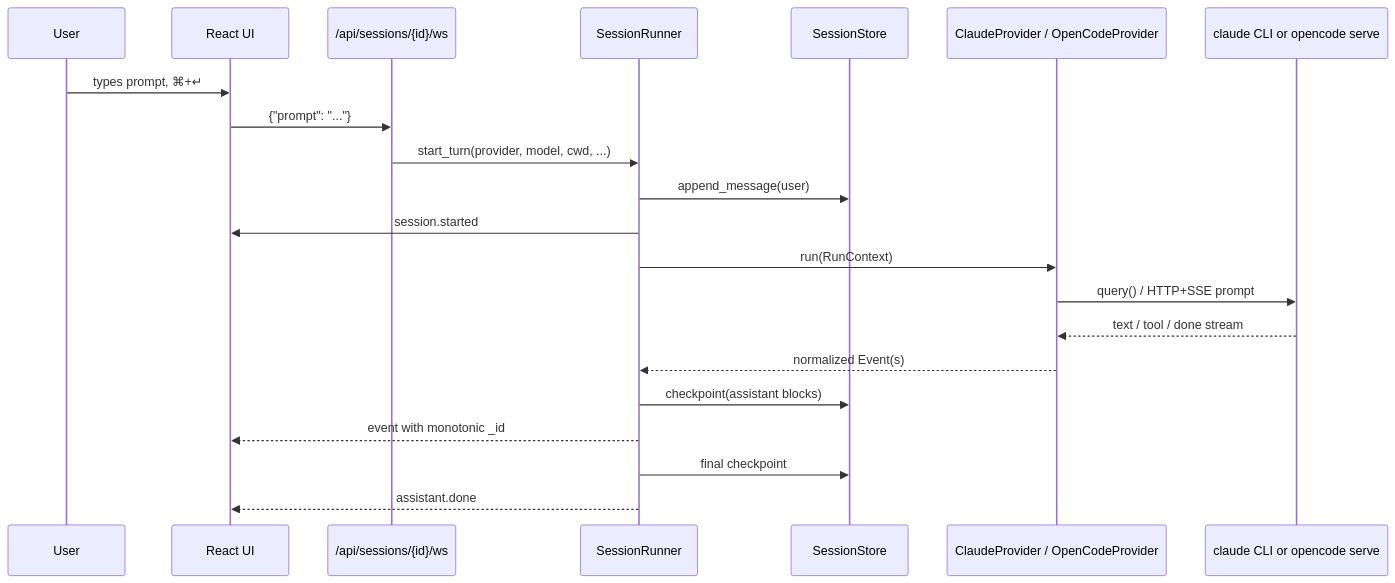
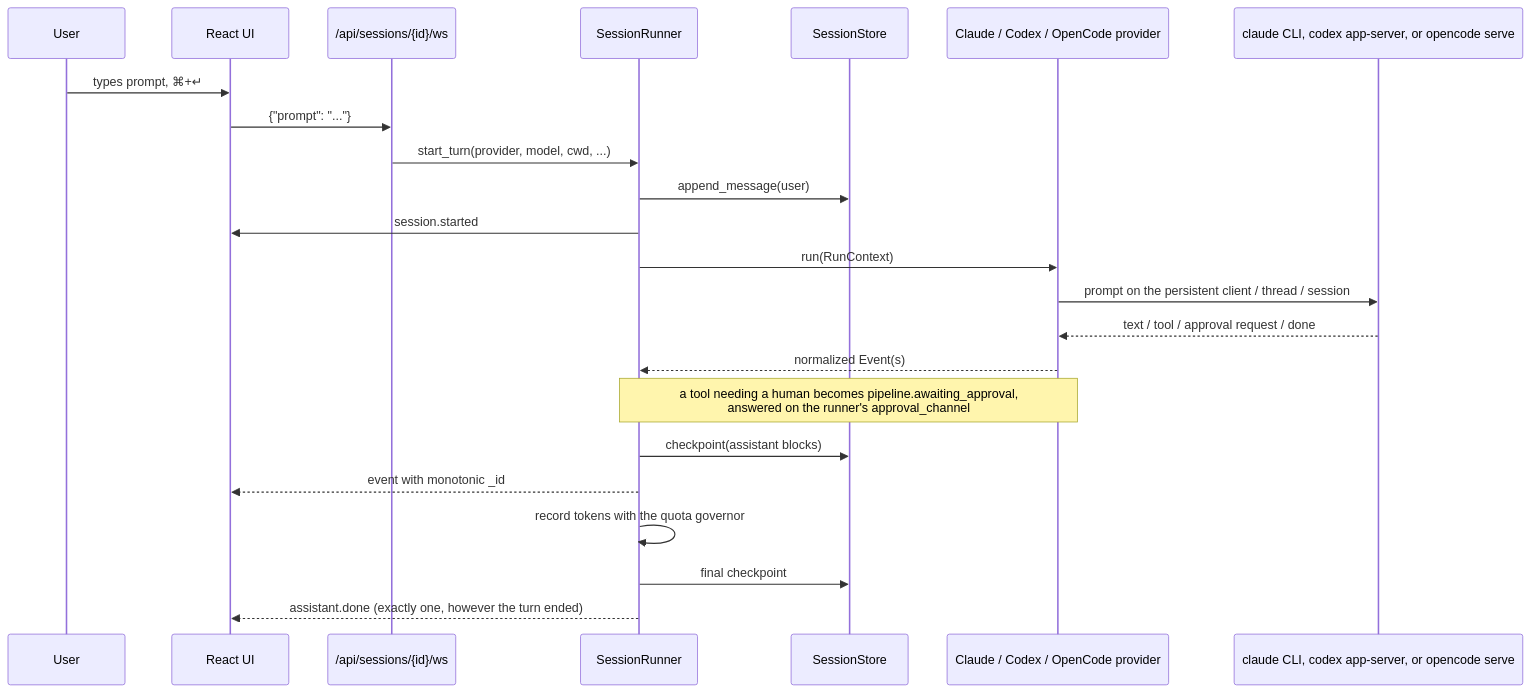
The first of 4 diagrams in docs/architecture.md (cartmancodes/LocalCode), drawn with Mermaid before and after one commit. The commit also changed other lines of this file and 5 other files, not shown here.

````diff
--- a/docs/architecture.md
+++ b/docs/architecture.md
@@ -746,24 +1109,26 @@
 ```mermaid
 sequenceDiagram
     participant U as User
     participant UI as React UI
     participant WS as /api/sessions/{id}/ws
     participant R as SessionRunner
     participant S as SessionStore
-    participant P as ClaudeProvider / OpenCodeProvider
-    participant Up as claude CLI or opencode serve
+    participant P as Claude / Codex / OpenCode provider
+    participant Up as claude CLI, codex app-server, or opencode serve
 
     U->>UI: types prompt, ⌘+↵
     UI->>WS: {"prompt": "..."}
     WS->>R: start_turn(provider, model, cwd, ...)
     R->>S: append_message(user)
     R->>UI: session.started
     R->>P: run(RunContext)
-    P->>Up: query() / HTTP+SSE prompt
-    Up-->>P: text / tool / done stream
+    P->>Up: prompt on the persistent client / thread / session
+    Up-->>P: text / tool / approval request / done
     P-->>R: normalized Event(s)
+    Note over P,R: a tool needing a human becomes pipeline.awaiting_approval,<br/>answered on the runner's approval_channel
     R->>S: checkpoint(assistant blocks)
     R-->>UI: event with monotonic _id
+    R->>R: record tokens with the quota governor
     R->>S: final checkpoint
-    R-->>UI: assistant.done
+    R-->>UI: assistant.done (exactly one, however the turn ended)
 ```
````
